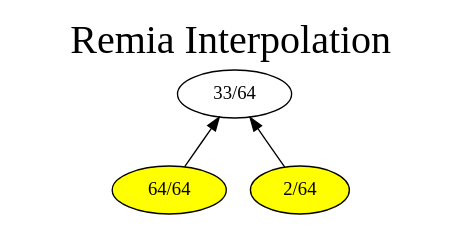
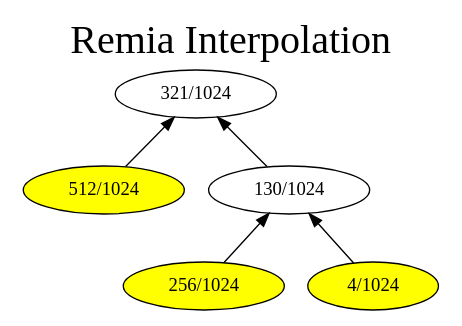
One commit to iitramar/guiTool changed the diagram in GuiTool/image/Remia/RemiaDot.dot. Above: the diagram before and after it, drawn with Graphviz. The commit also changed 57 other files, not shown here.

```diff
--- a/GuiTool/image/Remia/RemiaDot.dot
+++ b/GuiTool/image/Remia/RemiaDot.dot
@@ -1,11 +1,16 @@
 digraph G { 
 rankdir = BT;
 graph [label= "Remia Interpolation", labelloc=t, fontsize=30];
-1[label= " 33/64 " ];
-2[label= " 64/64 " ];
+1[label= " 321/1024 " ];
+2[label= " 512/1024 " ];
 2->1
-3[label= " 2/64 " ];
+3[label= " 130/1024 " ];
 3->1
 2[style=filled, fillcolor=yellow];
-3[style=filled, fillcolor=yellow];
+6[label= " 256/1024 " ];
+6->3
+7[label= " 4/1024 " ];
+7->3
+6[style=filled, fillcolor=yellow];
+7[style=filled, fillcolor=yellow];
 }
```
